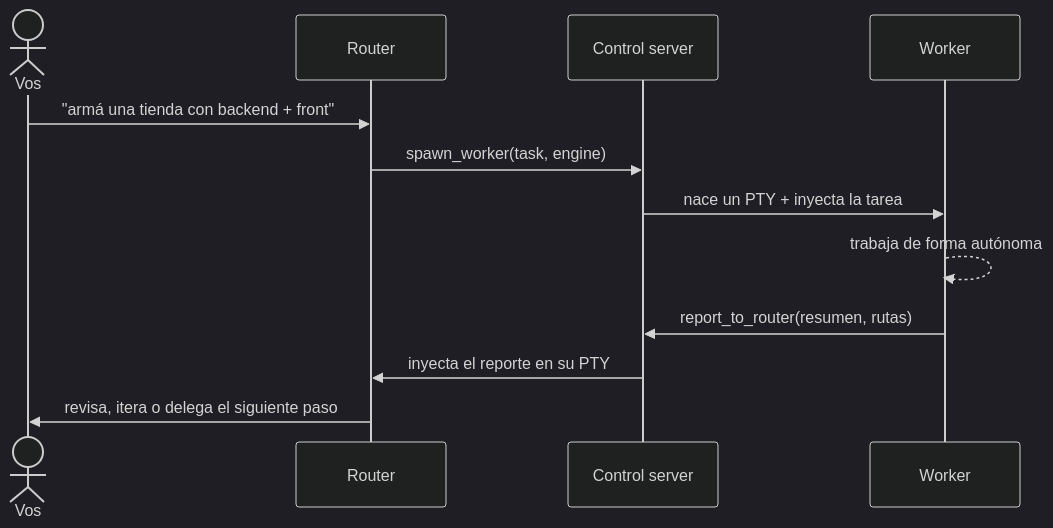
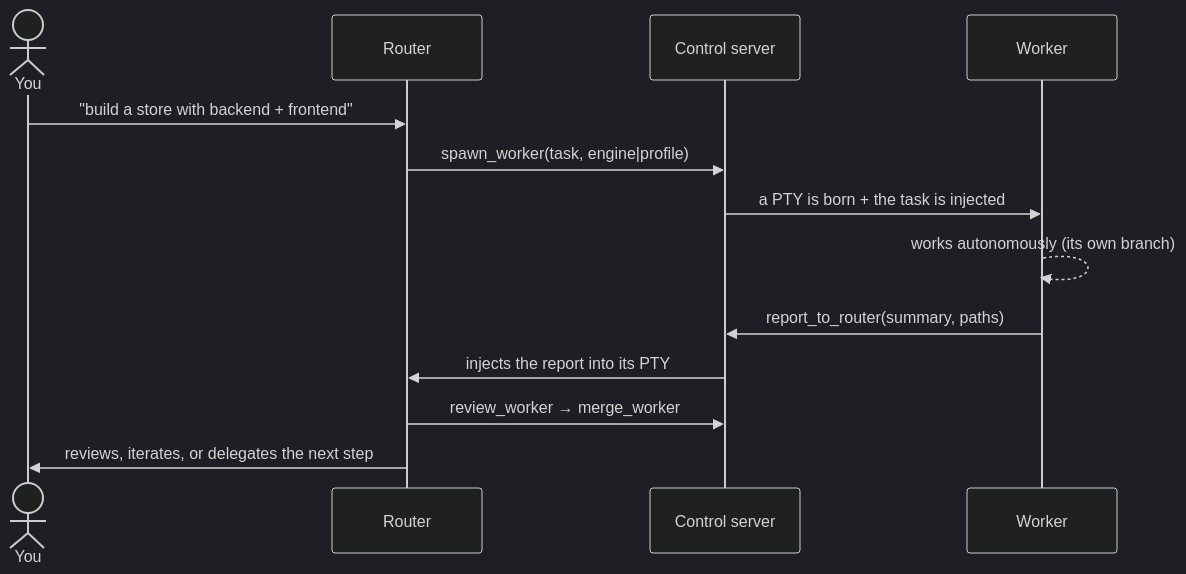
The second of 2 diagrams in README.md (Mats2208/hyprdesk), drawn with Mermaid (dark theme) before and after one commit. The commit also changed other lines of this file, not shown here.

First line of the commit message:
Reescribir el README en inglés con estilo pulido (showcase + stats)

````diff
--- a/README.md
+++ b/README.md
@@ -101,14 +144,15 @@
 ```mermaid
 sequenceDiagram
-  actor You as Vos
+  actor You
   participant R as Router
   participant H as Control server
   participant W as Worker
-  You->>R: "armá una tienda con backend + front"
-  R->>H: spawn_worker(task, engine)
-  H->>W: nace un PTY + inyecta la tarea
-  W-->>W: trabaja de forma autónoma
-  W->>H: report_to_router(resumen, rutas)
-  H->>R: inyecta el reporte en su PTY
-  R->>You: revisa, itera o delega el siguiente paso
+  You->>R: "build a store with backend + frontend"
+  R->>H: spawn_worker(task, engine|profile)
+  H->>W: a PTY is born + the task is injected
+  W-->>W: works autonomously (its own branch)
+  W->>H: report_to_router(summary, paths)
+  H->>R: injects the report into its PTY
+  R->>H: review_worker → merge_worker
+  R->>You: reviews, iterates, or delegates the next step
 ```
````
